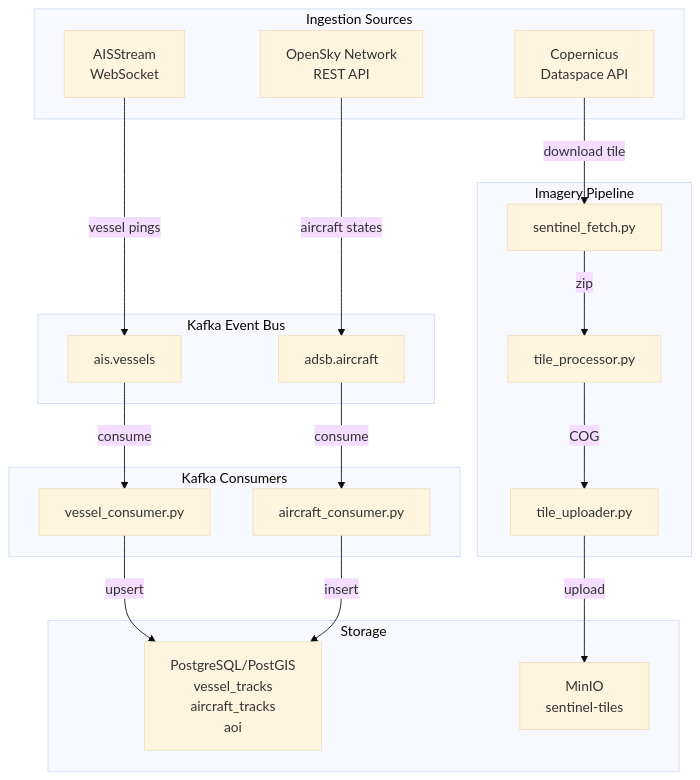
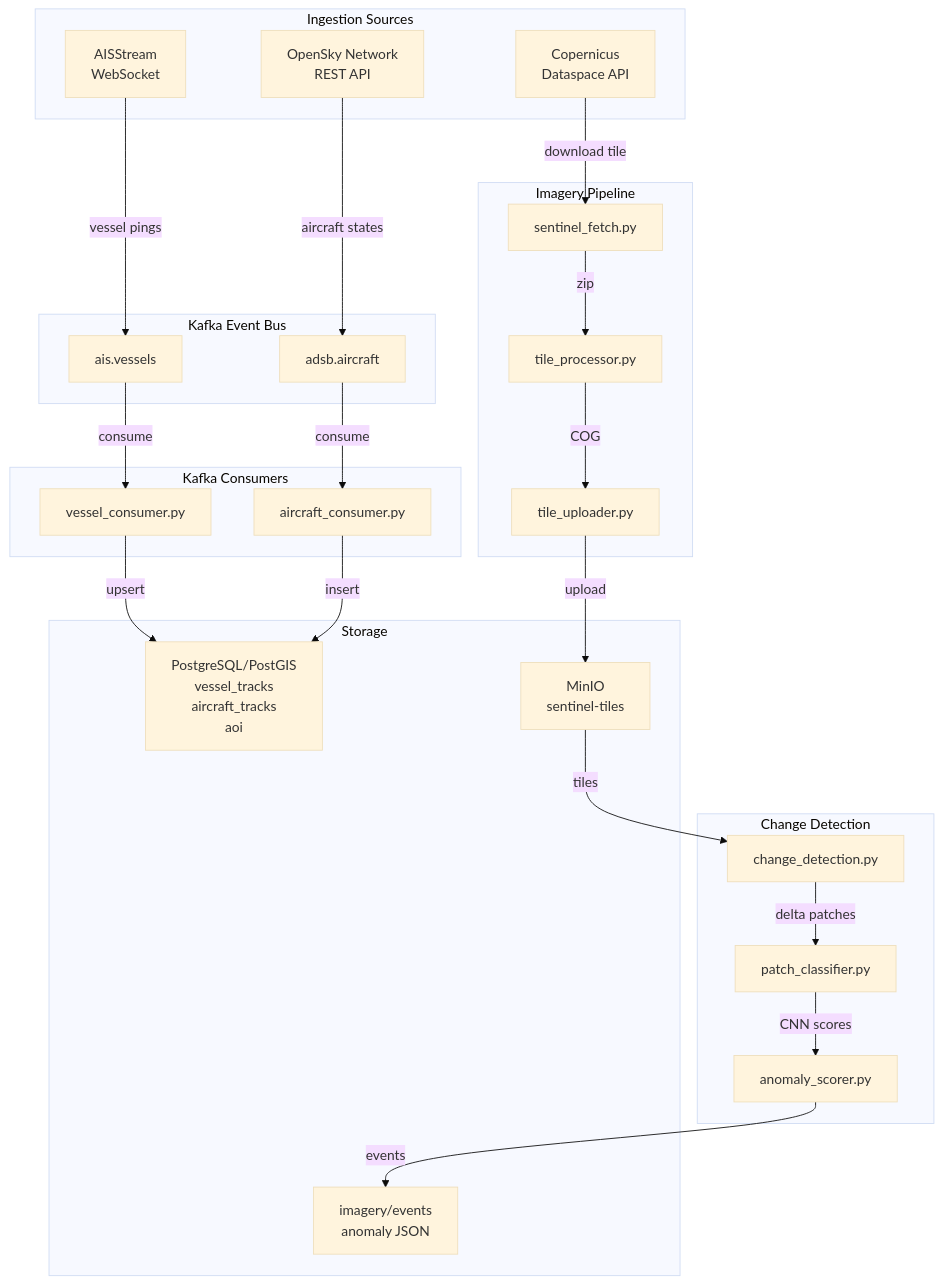
The diagram in README.md (cristi4nhdz/geospatial-activity-pipeline), drawn with Mermaid (base theme) before and after one commit. The commit also changed other lines of this file, not shown here.

Commit message:
docs: update README, change detection, PyTorch classifier, anomaly scorer, updated architecture

````diff
--- a/README.md
+++ b/README.md
@@ -29,40 +29,51 @@
 ```mermaid
 flowchart TD
     subgraph Sources["Ingestion Sources"]
         AIS["AISStream\nWebSocket"]
         OpenSky["OpenSky Network\nREST API"]
         Copernicus["Copernicus\nDataspace API"]
     end
 
     subgraph Kafka["Kafka Event Bus"]
         K1["ais.vessels"]
         K2["adsb.aircraft"]
     end
 
     subgraph Consumers["Kafka Consumers"]
         C1["vessel_consumer.py"]
         C2["aircraft_consumer.py"]
     end
 
     subgraph Imagery["Imagery Pipeline"]
         F["sentinel_fetch.py"]
         P["tile_processor.py"]
         U["tile_uploader.py"]
     end
 
+    subgraph Detection["Change Detection"]
+        CD["change_detection.py"]
+        PC["patch_classifier.py"]
+        AS["anomaly_scorer.py"]
+    end
+
     subgraph Storage["Storage"]
         PG["PostgreSQL/PostGIS\nvessel_tracks\naircraft_tracks\naoi"]
         MN["MinIO\nsentinel-tiles"]
+        EV["imagery/events\nanomaly JSON"]
     end
 
     AIS -->|vessel pings| K1
     OpenSky -->|aircraft states| K2
     K1 -->|consume| C1
     K2 -->|consume| C2
     C1 -->|upsert| PG
     C2 -->|insert| PG
     Copernicus -->|download tile| F
     F -->|zip| P
     P -->|COG| U
     U -->|upload| MN
+    MN -->|tiles| CD
+    CD -->|delta patches| PC
+    PC -->|CNN scores| AS
+    AS -->|events| EV
 ```
````
